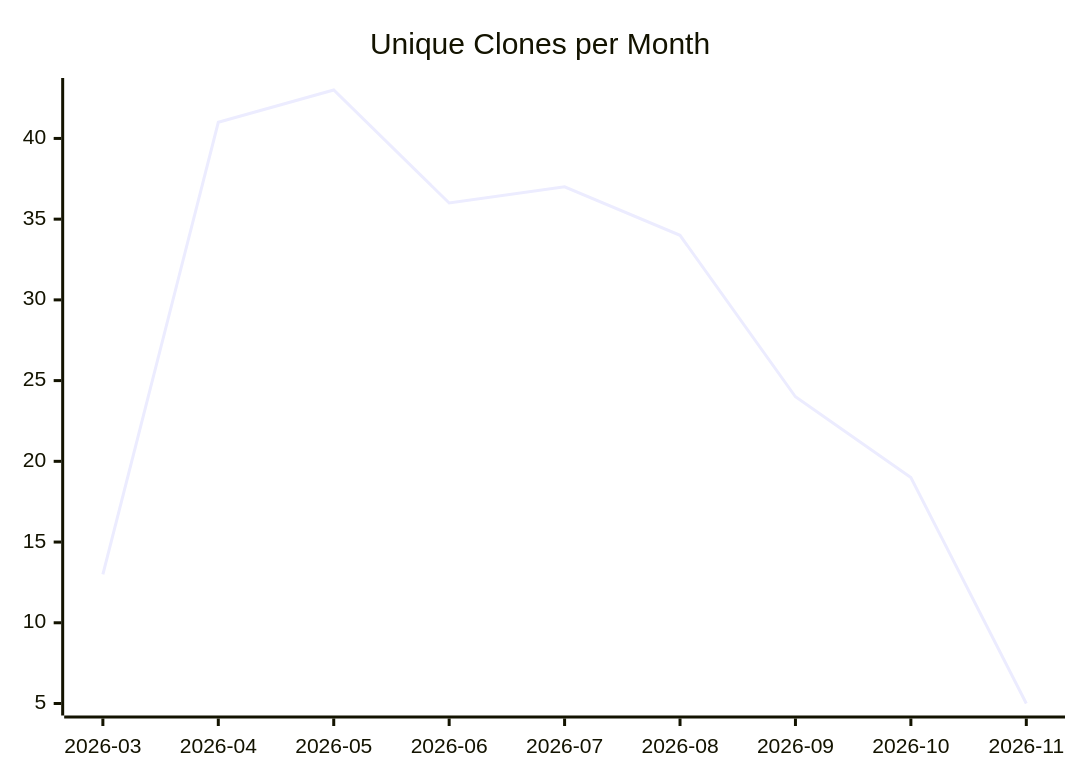
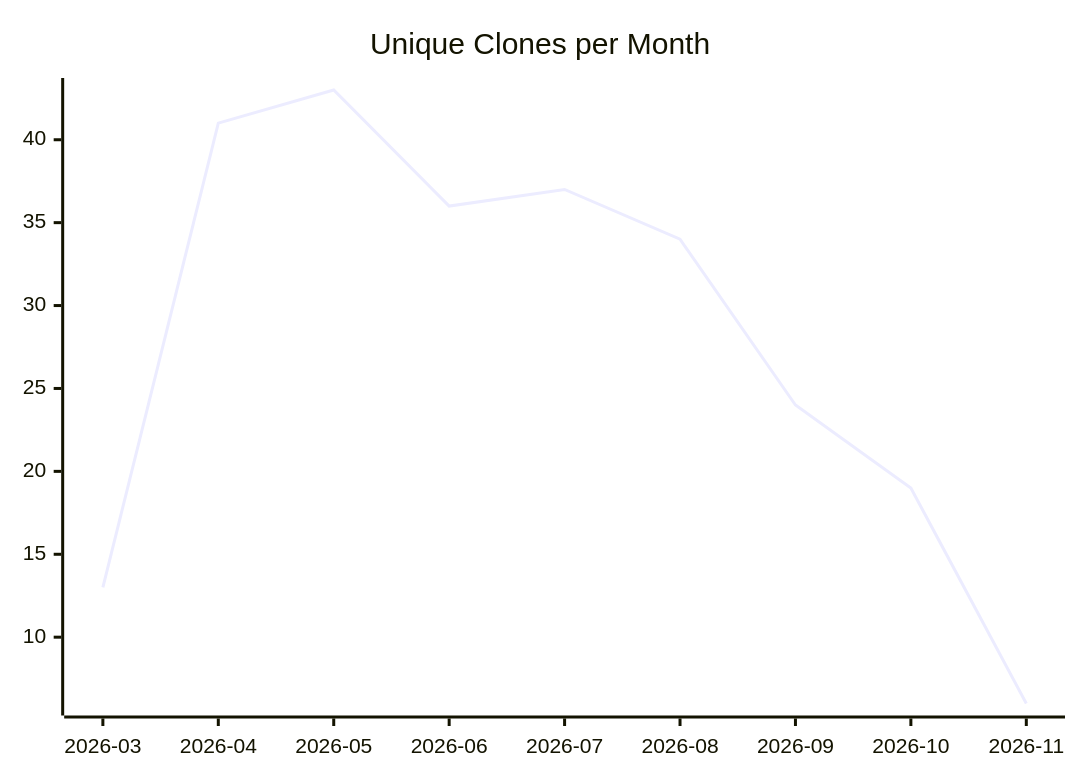
One commit to justdavis-family/github-analytics-data changed the third of 3 diagrams in karlmdavis/usgs-water-api-java/README.md. Above: the diagram before and after it, drawn with Mermaid. The commit also changed other lines of this file and 196 other files, not shown here.

````diff
--- a/karlmdavis/usgs-water-api-java/README.md
+++ b/karlmdavis/usgs-water-api-java/README.md
@@ -19,6 +19,6 @@
 ```mermaid
 xychart-beta
   title "Unique Clones per Month"
   x-axis ["2026-03", "2026-04", "2026-05", "2026-06", "2026-07", "2026-08", "2026-09", "2026-10", "2026-11"]
-  line [13, 41, 43, 36, 37, 34, 24, 19, 5]
+  line [13, 41, 43, 36, 37, 34, 24, 19, 6]
 ```
````
